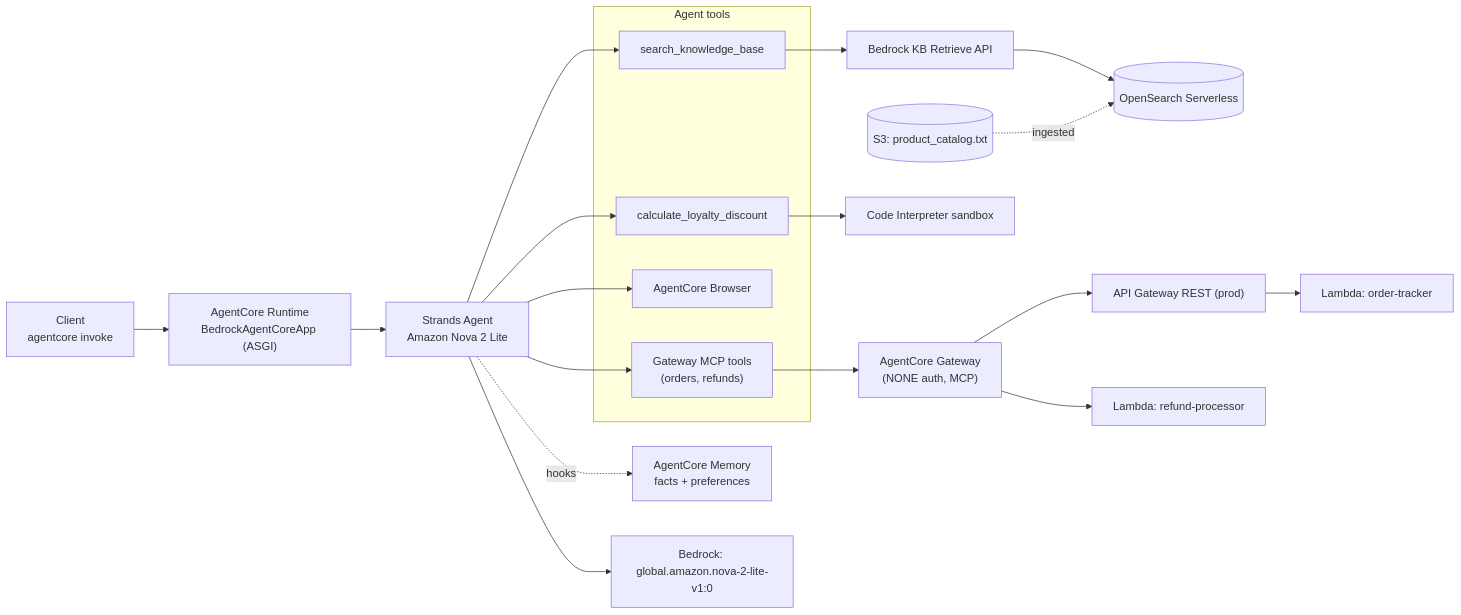
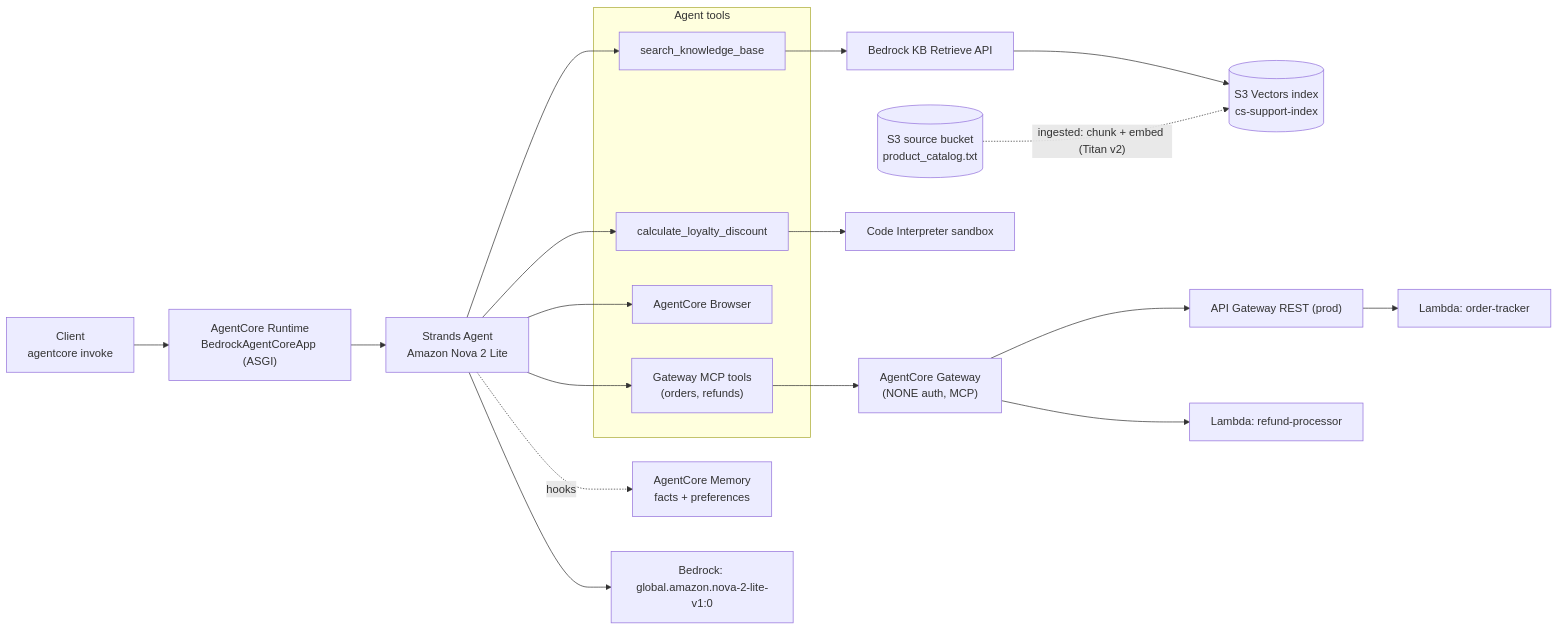
The first of 7 diagrams in docs/ARCHITECTURE.md (guigasque/aws-agentcore-bedrock-strands-sdk), drawn with Mermaid before and after one commit. The commit also changed other lines of this file and 18 other files, not shown here.

Commit message:
feat(todo6,infra): KB search tool + S3-Vectors knowledge base (RAG working, T3 passes)

````diff
--- a/docs/ARCHITECTURE.md
+++ b/docs/ARCHITECTURE.md
@@ -15,26 +15,26 @@
 ```mermaid
 flowchart LR
     client["Client<br/>agentcore invoke"] --> rt["AgentCore Runtime<br/>BedrockAgentCoreApp (ASGI)"]
     rt --> agent["Strands Agent<br/>Amazon Nova 2 Lite"]
 
     subgraph tools["Agent tools"]
         kb["search_knowledge_base"]
         calc["calculate_loyalty_discount"]
         br["AgentCore Browser"]
         gw["Gateway MCP tools<br/>(orders, refunds)"]
     end
     agent --> kb
     agent --> calc
     agent --> br
     agent --> gw
 
     agent -. hooks .-> mem["AgentCore Memory<br/>facts + preferences"]
 
-    kb --> kbapi["Bedrock KB Retrieve API"] --> oss[("OpenSearch Serverless")]
-    s3[("S3: product_catalog.txt")] -. ingested .-> oss
+    kb --> kbapi["Bedrock KB Retrieve API"] --> ossv[("S3 Vectors index<br/>cs-support-index")]
+    s3[("S3 source bucket<br/>product_catalog.txt")] -. "ingested: chunk + embed (Titan v2)" .-> ossv
     calc --> ci["Code Interpreter sandbox"]
     gw --> gwsvc["AgentCore Gateway<br/>(NONE auth, MCP)"]
     gwsvc --> apigw["API Gateway REST (prod)"] --> lo["Lambda: order-tracker"]
     gwsvc --> lr["Lambda: refund-processor"]
     agent --> model["Bedrock: global.amazon.nova-2-lite-v1:0"]
 ```
````
